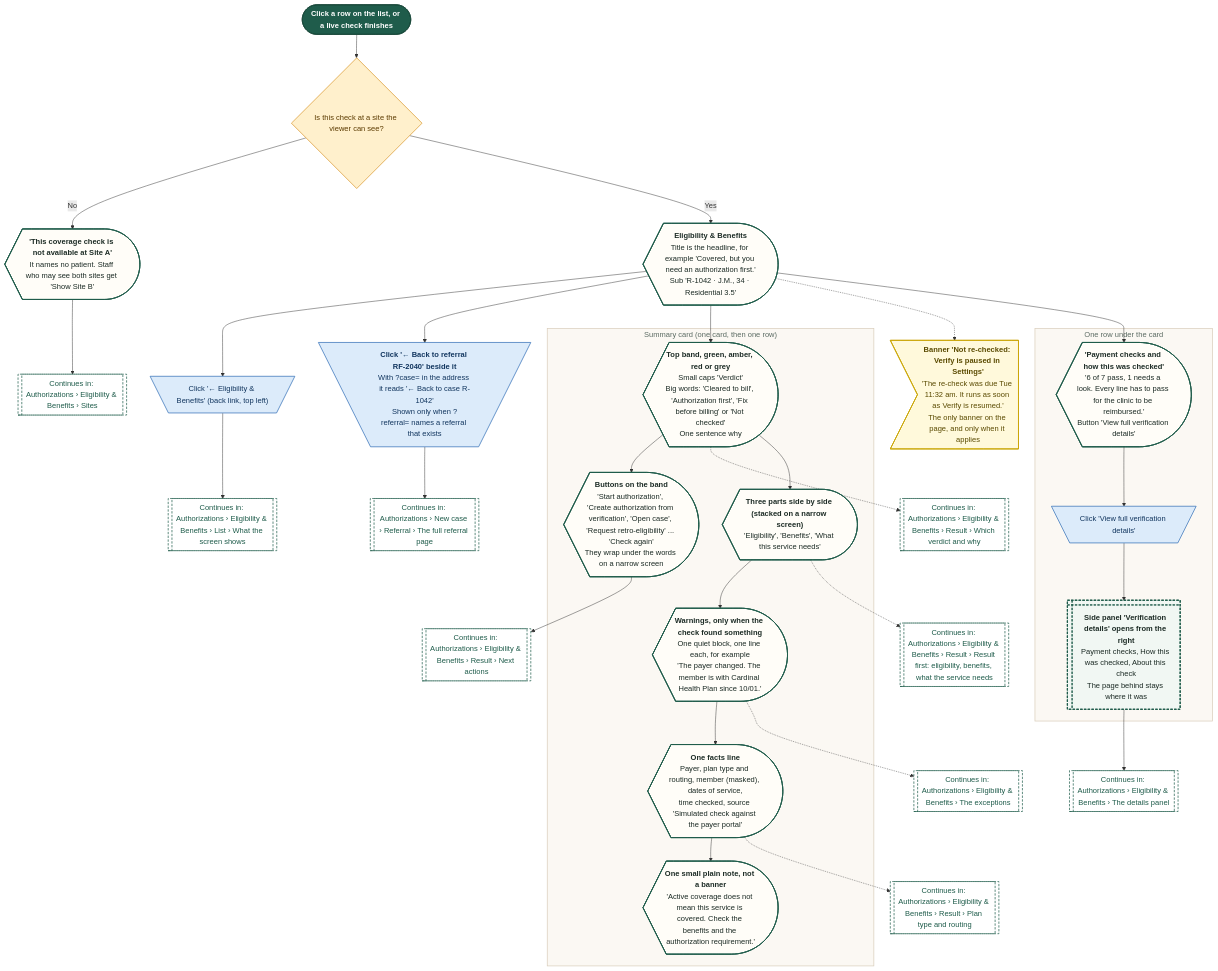
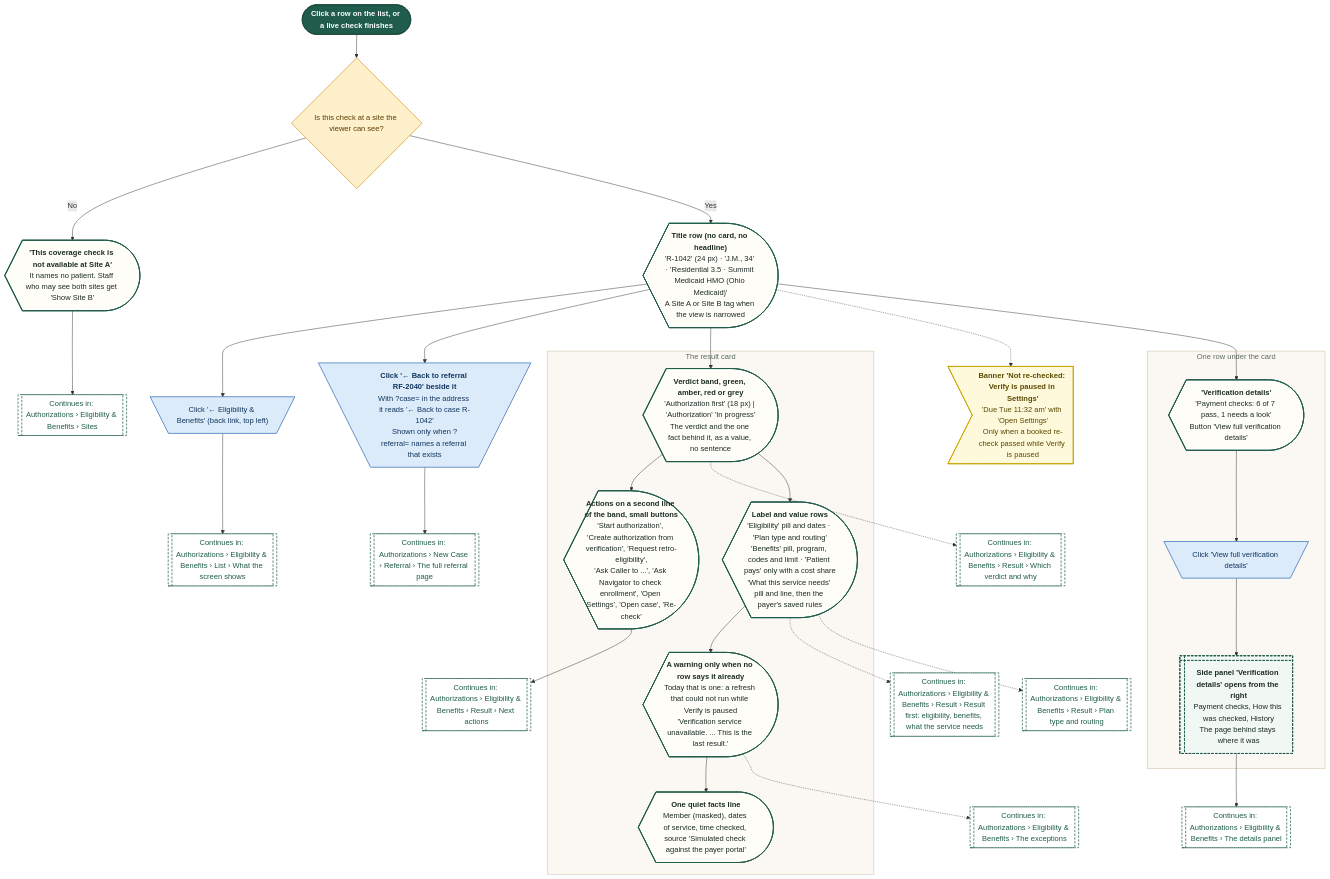
Before and after one commit to Shrav143/psyfloapp: diagram 13 of 28 in demos/prior-auth-demo/workflows/out/md/05-eligibility.md, drawn with Mermaid. The commit also changed other lines of this file and 202 other files, not shown here.

First line of the commit message:
docs: round 6 README, CONVENTIONS, spec section 17, diagram module blurbs and 336 rebuilt diagrams

````diff
--- a/demos/prior-auth-demo/workflows/out/md/05-eligibility.md
+++ b/demos/prior-auth-demo/workflows/out/md/05-eligibility.md
@@ -991,72 +1006,71 @@
 ```mermaid
 %%{init: {"theme":"base","themeVariables":{"fontFamily":"'DM Sans', 'Segoe UI', system-ui, sans-serif","fontSize":"15px","lineColor":"#5B6B63","primaryTextColor":"#1C2B25","clusterBkg":"#FBF8F3","clusterBorder":"#D9CDBB","edgeLabelBackground":"#FFFFFF"},"flowchart":{"curve":"basis","nodeSpacing":36,"rankSpacing":48,"padding":12,"htmlLabels":true,"useMaxWidth":false,"wrappingWidth":230}} }%%
 flowchart TD
   classDef k_start fill:#1F5C4B,stroke:#174638,color:#FFFFFF,stroke-width:1.5px,font-weight:600
   classDef k_end fill:#DDEFE3,stroke:#2E7D4F,color:#14502F,stroke-width:1.5px,font-weight:600
   classDef k_endx fill:#FBE3E0,stroke:#C0392B,color:#7A1F16,stroke-width:1.5px,font-weight:600
   classDef k_screen fill:#FFFDF8,stroke:#1F5C4B,color:#1C2B25,stroke-width:2px
   classDef k_overlay fill:#F1F7F3,stroke:#1F5C4B,color:#1C2B25,stroke-width:2px,stroke-dasharray:5 3
   classDef k_click fill:#DCEBFA,stroke:#2F6DB5,color:#12365F,stroke-width:1.5px
   classDef k_input fill:#E4E7FF,stroke:#4C5FD5,color:#1D2670,stroke-width:1.5px
   classDef k_process fill:#EEF0EE,stroke:#7A857F,color:#26302B,stroke-width:1.5px
   classDef k_agent fill:#EEE5FA,stroke:#7A4FC2,color:#341A63,stroke-width:1.5px
   classDef k_decision fill:#FFF0CC,stroke:#D9962B,color:#5C3B00,stroke-width:1.5px
   classDef k_store fill:#D5F0EA,stroke:#1C8E7B,color:#0B4A3F,stroke-width:1.5px
   classDef k_doc fill:#F6E9DC,stroke:#B07A4C,color:#4A2E14,stroke-width:1.5px
   classDef k_ext fill:#FFE6D2,stroke:#E07B39,color:#6B2F06,stroke-width:1.5px
   classDef k_wait fill:#E4E8EE,stroke:#6B7C93,color:#26303D,stroke-width:1.5px
   classDef k_toast fill:#FFF9DB,stroke:#C9A400,color:#5A4A00,stroke-width:1.5px
   classDef k_goto fill:#FFFFFF,stroke:#1F5C4B,color:#1F5C4B,stroke-width:1.5px,stroke-dasharray:5 3
   s1@{ shape: stadium, label: "Click a row on the list, or a live check finishes" }
   qs@{ shape: diam, label: "Is this check at a site the viewer can see?" }
   os@{ shape: curv-trap, label: "<b>'This coverage check is not available at Site A'</b><br/>It names no patient. Staff who may see both sites get 'Show Site B'" }
-  sc@{ shape: curv-trap, label: "<b>Eligibility & Benefits</b><br/>Title is the headline, for example 'Covered, but you need an authorization first.'<br/>Sub 'R-1042 · J.M., 34 · Residential 3.5'" }
+  sc@{ shape: curv-trap, label: "<b>Title row (no card, no headline)</b><br/>'R-1042' (24 px) · 'J.M., 34' · 'Residential 3.5 · Summit Medicaid HMO (Ohio Medicaid)'<br/>A Site A or Site B tag when the view is narrowed" }
   b1@{ shape: trap-t, label: "Click '← Eligibility & Benefits' (back link, top left)" }
   g0@{ shape: subproc, label: "Continues in: Authorizations › Eligibility & Benefits › List › What the screen shows" }
   b2@{ shape: trap-t, label: "<b>Click '← Back to referral RF-2040' beside it</b><br/>With ?case= in the address it reads '← Back to case R-1042'<br/>Shown only when ?referral= names a referral that exists" }
-  g4@{ shape: subproc, label: "Continues in: Authorizations › New case › Referral › The full referral page" }
-  subgraph gSum ["Summary card (one card, then one row)"]
-  vb@{ shape: curv-trap, label: "<b>Top band, green, amber, red or grey</b><br/>Small caps 'Verdict'<br/>Big words: 'Cleared to bill', 'Authorization first', 'Fix before billing' or 'Not checked'<br/>One sentence why" }
-  bt@{ shape: curv-trap, label: "<b>Buttons on the band</b><br/>'Start authorization', 'Create authorization from verification', 'Open case', 'Request retro-eligibility' ... 'Check again'<br/>They wrap under the words on a narrow screen" }
-  three@{ shape: curv-trap, label: "<b>Three parts side by side (stacked on a narrow screen)</b><br/>'Eligibility', 'Benefits', 'What this service needs'" }
-  warn@{ shape: curv-trap, label: "<b>Warnings, only when the check found something</b><br/>One quiet block, one line each, for example<br/>'The payer changed. The member is with Cardinal Health Plan since 10/01.'" }
-  facts@{ shape: curv-trap, label: "<b>One facts line</b><br/>Payer, plan type and routing, member (masked), dates of service,<br/>time checked, source 'Simulated check against the payer portal'" }
-  note@{ shape: curv-trap, label: "<b>One small plain note, not a banner</b><br/>'Active coverage does not mean this service is covered. Check the benefits and the authorization requirement.'" }
+  g4@{ shape: subproc, label: "Continues in: Authorizations › New Case › Referral › The full referral page" }
+  subgraph gSum ["The result card"]
+  vb@{ shape: curv-trap, label: "<b>Verdict band, green, amber, red or grey</b><br/>'Authorization first' (18 px) | 'Authorization' 'In progress'<br/>The verdict and the one fact behind it, as a value, no sentence" }
+  bt@{ shape: curv-trap, label: "<b>Actions on a second line of the band, small buttons</b><br/>'Start authorization', 'Create authorization from verification', 'Request retro-eligibility',<br/>'Ask Caller to ...', 'Ask Navigator to check enrollment', 'Open Settings', 'Open case', 'Re-check'" }
+  rows@{ shape: curv-trap, label: "<b>Label and value rows</b><br/>'Eligibility' pill and dates · 'Plan type and routing'<br/>'Benefits' pill, program, codes and limit · 'Patient pays' only with a cost share<br/>'What this service needs' pill and line, then the payer's saved rules" }
+  warn@{ shape: curv-trap, label: "<b>A warning only when no row says it already</b><br/>Today that is one: a refresh that could not run while Verify is paused<br/>'Verification service unavailable. ... This is the last result.'" }
+  facts@{ shape: curv-trap, label: "<b>One quiet facts line</b><br/>Member (masked), dates of service, time checked, source 'Simulated check against the payer portal'" }
   end
-  t1@{ shape: odd, label: "<b>Banner 'Not re-checked: Verify is paused in Settings'</b><br/>'The re-check was due Tue 11:32 am. It runs as soon as Verify is resumed.'<br/>The only banner on the page, and only when it applies" }
+  t1@{ shape: odd, label: "<b>Banner 'Not re-checked: Verify is paused in Settings'</b><br/>'Due Tue 11:32 am' with 'Open Settings'<br/>Only when a booked re-check passed while Verify is paused" }
   subgraph gRow ["One row under the card"]
-  pc@{ shape: curv-trap, label: "<b>'Payment checks and how this was checked'</b><br/>'6 of 7 pass, 1 needs a look. Every line has to pass for the clinic to be reimbursed.'<br/>Button 'View full verification details'" }
+  pc@{ shape: curv-trap, label: "<b>'Verification details'</b><br/>'Payment checks: 6 of 7 pass, 1 needs a look'<br/>Button 'View full verification details'" }
   pk@{ shape: trap-t, label: "Click 'View full verification details'" }
-  ov@{ shape: win-pane, label: "<b>Side panel 'Verification details' opens from the right</b><br/>Payment checks, How this was checked, About this check<br/>The page behind stays where it was" }
+  ov@{ shape: win-pane, label: "<b>Side panel 'Verification details' opens from the right</b><br/>Payment checks, How this was checked, History<br/>The page behind stays where it was" }
   end
   g1@{ shape: subproc, label: "Continues in: Authorizations › Eligibility & Benefits › Result › Which verdict and why" }
   g2@{ shape: subproc, label: "Continues in: Authorizations › Eligibility & Benefits › The details panel" }
   g3@{ shape: subproc, label: "Continues in: Authorizations › Eligibility & Benefits › Result › Next actions" }
   g5@{ shape: subproc, label: "Continues in: Authorizations › Eligibility & Benefits › Result › Result first: eligibility, benefits, what the service needs" }
   g6@{ shape: subproc, label: "Continues in: Authorizations › Eligibility & Benefits › Result › Plan type and routing" }
   g7@{ shape: subproc, label: "Continues in: Authorizations › Eligibility & Benefits › The exceptions" }
   g8@{ shape: subproc, label: "Continues in: Authorizations › Eligibility & Benefits › Sites" }
   s1 --> qs
   qs -->|"No"| os --> g8
   qs -->|"Yes"| sc
   sc --> b1 --> g0
   sc --> b2 --> g4
   sc --> vb --> bt
   vb -.-> g1
   bt --> g3
-  vb --> three --> warn --> facts --> note
-  three -.-> g5
+  vb --> rows --> warn --> facts
+  rows -.-> g5
+  rows -.-> g6
   warn -.-> g7
-  facts -.-> g6
   sc -.-> t1
   sc --> pc --> pk --> ov --> g2
   class s1 k_start
   class qs k_decision
-  class os,sc,vb,bt,three,warn,facts,note,pc k_screen
+  class os,sc,vb,bt,rows,warn,facts,pc k_screen
   class b1,b2,pk k_click
   class g0,g4,g1,g2,g3,g5,g6,g7,g8 k_goto
   class t1 k_toast
   class ov k_overlay
   style gSum fill:#FBF8F3,stroke:#D9CDBB,stroke-width:1.5px,color:#5B6B63
   style gRow fill:#FBF8F3,stroke:#D9CDBB,stroke-width:1.5px,color:#5B6B63
 ```
````
